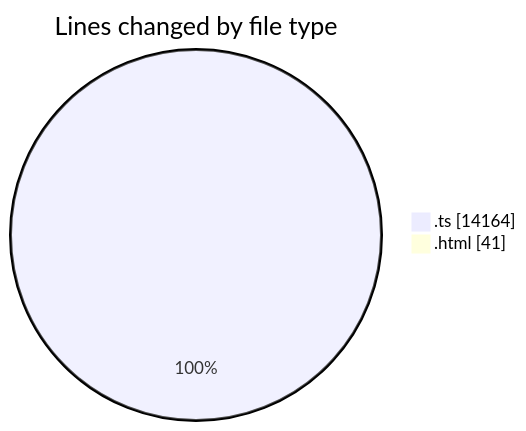
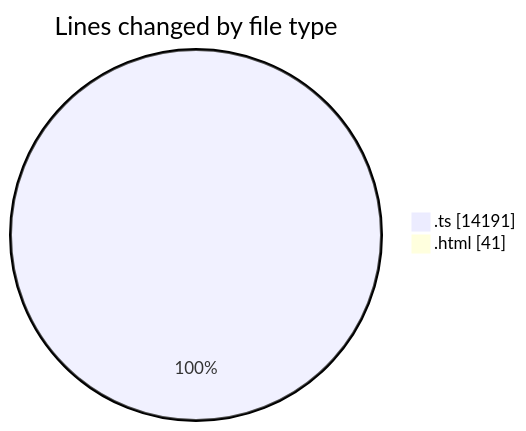
The first of 2 diagrams in 2026-02-08/singularitybrainai/README.md (tmsrecording-cyber/code-tracking), drawn with Mermaid before and after one commit. The commit also changed other lines of this file and 1 other file, not shown here.

````diff
--- a/2026-02-08/singularitybrainai/README.md
+++ b/2026-02-08/singularitybrainai/README.md
@@ -40,6 +40,6 @@
 ```mermaid
 pie showData
 title Lines changed by file type
-".ts" : 14164
+".ts" : 14191
 ".html" : 41
 ```
````
